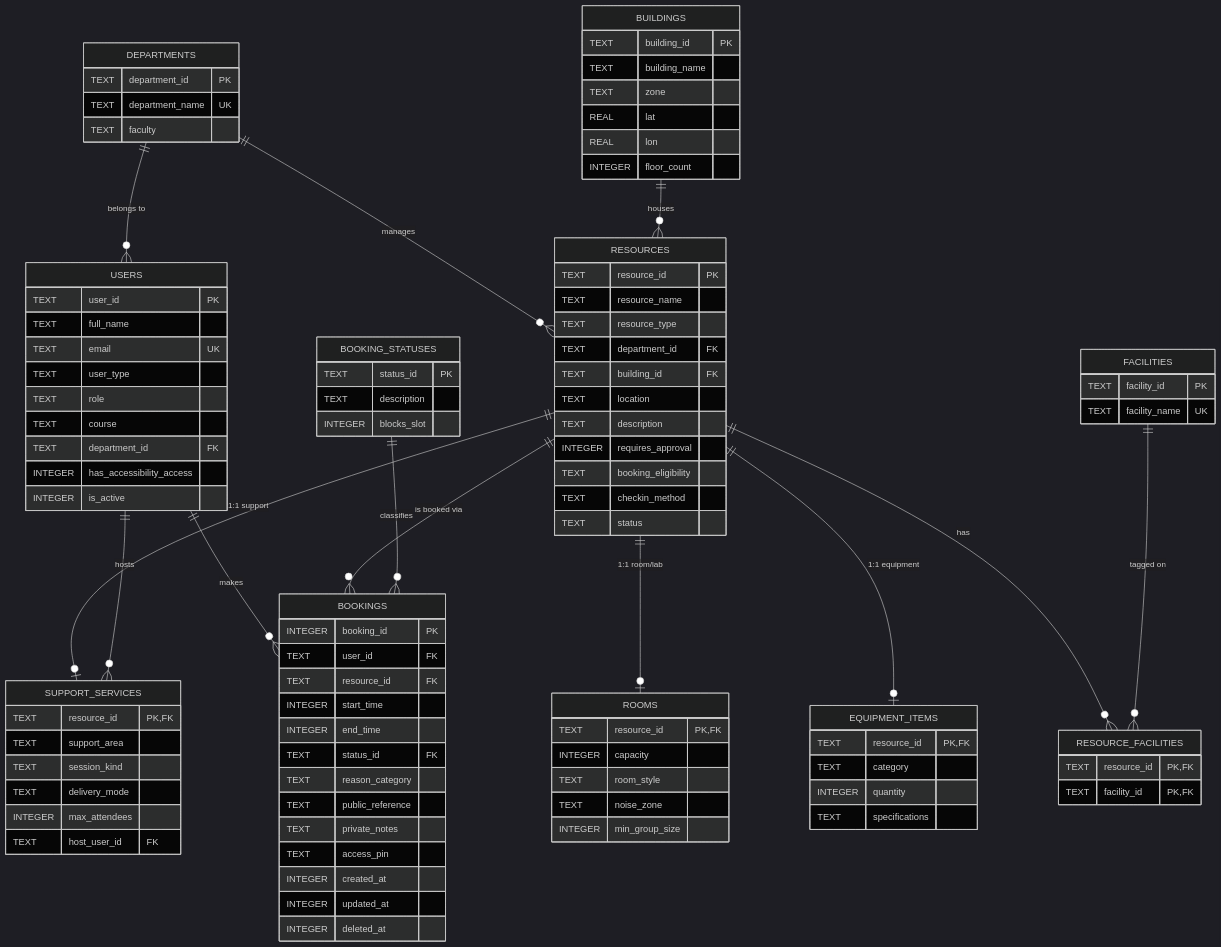
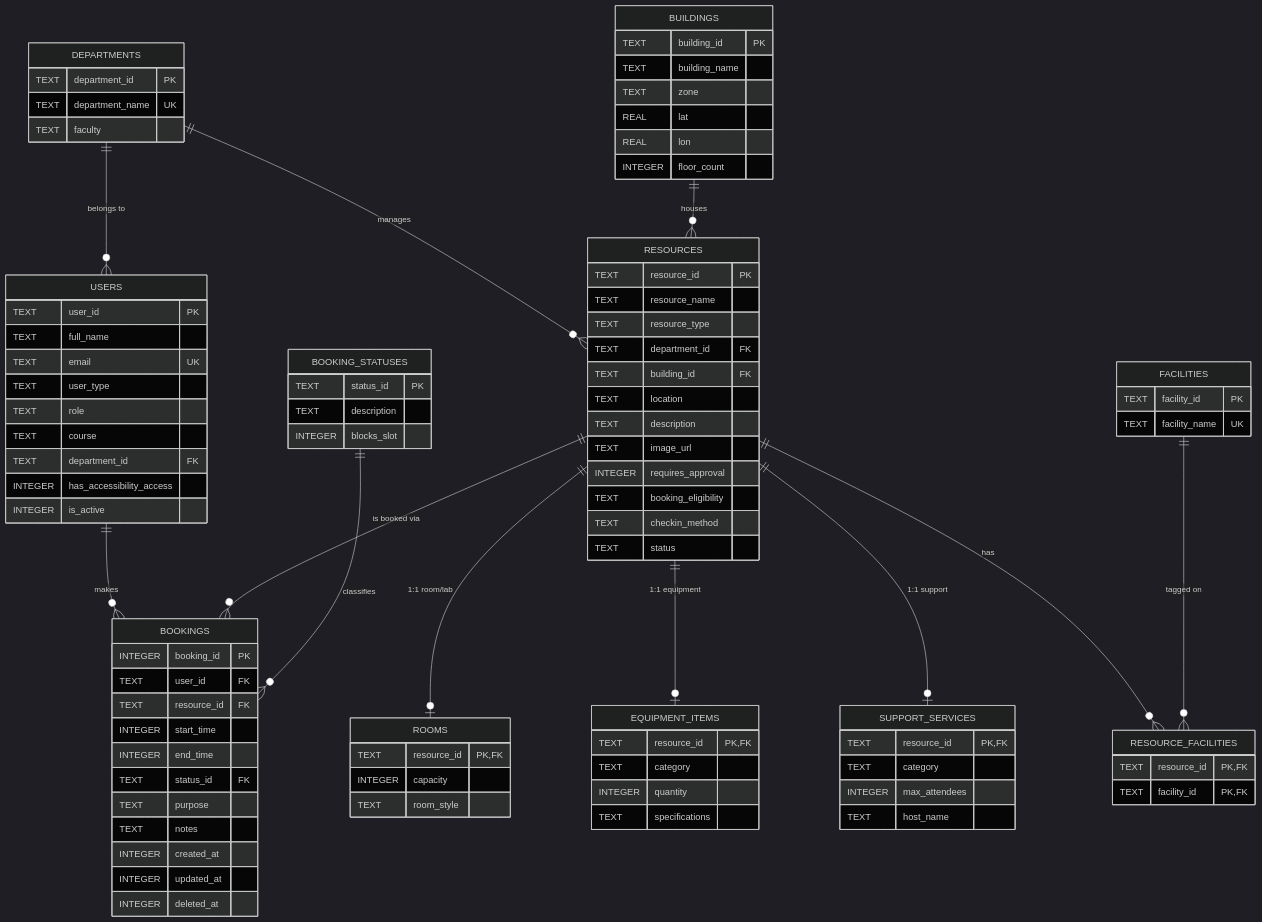
The diagram in docs/design/diagram/erd.mmd (huutrungle2001/WM9QF_AI_Programming_A1), drawn with Mermaid (dark theme) before and after one commit. The commit also changed 17 other files, not shown here.

Commit message:
docs(design): finalize 11-table CTI schema and enrich central AV catalog

```diff
--- a/docs/design/diagram/erd.mmd
+++ b/docs/design/diagram/erd.mmd
@@ -1,110 +1,104 @@
 erDiagram
     DEPARTMENTS {
         TEXT department_id PK
         TEXT department_name UK
         TEXT faculty
     }
 
     BUILDINGS {
         TEXT building_id PK
         TEXT building_name
         TEXT zone
         REAL lat
         REAL lon
         INTEGER floor_count
     }
 
     USERS {
         TEXT user_id PK
         TEXT full_name
         TEXT email UK
         TEXT user_type
         TEXT role
         TEXT course
         TEXT department_id FK
         INTEGER has_accessibility_access
         INTEGER is_active
     }
 
     RESOURCES {
         TEXT resource_id PK
         TEXT resource_name
         TEXT resource_type
         TEXT department_id FK
         TEXT building_id FK
         TEXT location
         TEXT description
+        TEXT image_url
         INTEGER requires_approval
         TEXT booking_eligibility
         TEXT checkin_method
         TEXT status
     }
 
     ROOMS {
         TEXT resource_id PK,FK
         INTEGER capacity
         TEXT room_style
-        TEXT noise_zone
-        INTEGER min_group_size
     }
 
     EQUIPMENT_ITEMS {
         TEXT resource_id PK,FK
         TEXT category
         INTEGER quantity
         TEXT specifications
     }
 
     SUPPORT_SERVICES {
         TEXT resource_id PK,FK
-        TEXT support_area
-        TEXT session_kind
-        TEXT delivery_mode
+        TEXT category
         INTEGER max_attendees
-        TEXT host_user_id FK
+        TEXT host_name
     }
 
     FACILITIES {
         TEXT facility_id PK
         TEXT facility_name UK
     }
 
     RESOURCE_FACILITIES {
         TEXT resource_id PK,FK
         TEXT facility_id PK,FK
     }
 
     BOOKING_STATUSES {
         TEXT status_id PK
         TEXT description
         INTEGER blocks_slot
     }
 
     BOOKINGS {
         INTEGER booking_id PK
         TEXT user_id FK
         TEXT resource_id FK
         INTEGER start_time
         INTEGER end_time
         TEXT status_id FK
-        TEXT reason_category
-        TEXT public_reference
-        TEXT private_notes
-        TEXT access_pin
+        TEXT purpose
+        TEXT notes
         INTEGER created_at
         INTEGER updated_at
         INTEGER deleted_at
     }
 
     DEPARTMENTS ||--o{ USERS : "belongs to"
     DEPARTMENTS ||--o{ RESOURCES : "manages"
     BUILDINGS ||--o{ RESOURCES : "houses"
     RESOURCES ||--o| ROOMS : "1:1 room/lab"
     RESOURCES ||--o| EQUIPMENT_ITEMS : "1:1 equipment"
     RESOURCES ||--o| SUPPORT_SERVICES : "1:1 support"
-    USERS ||--o{ SUPPORT_SERVICES : "hosts"
     RESOURCES ||--o{ RESOURCE_FACILITIES : "has"
     FACILITIES ||--o{ RESOURCE_FACILITIES : "tagged on"
     USERS ||--o{ BOOKINGS : "makes"
     RESOURCES ||--o{ BOOKINGS : "is booked via"
     BOOKING_STATUSES ||--o{ BOOKINGS : "classifies"
```
